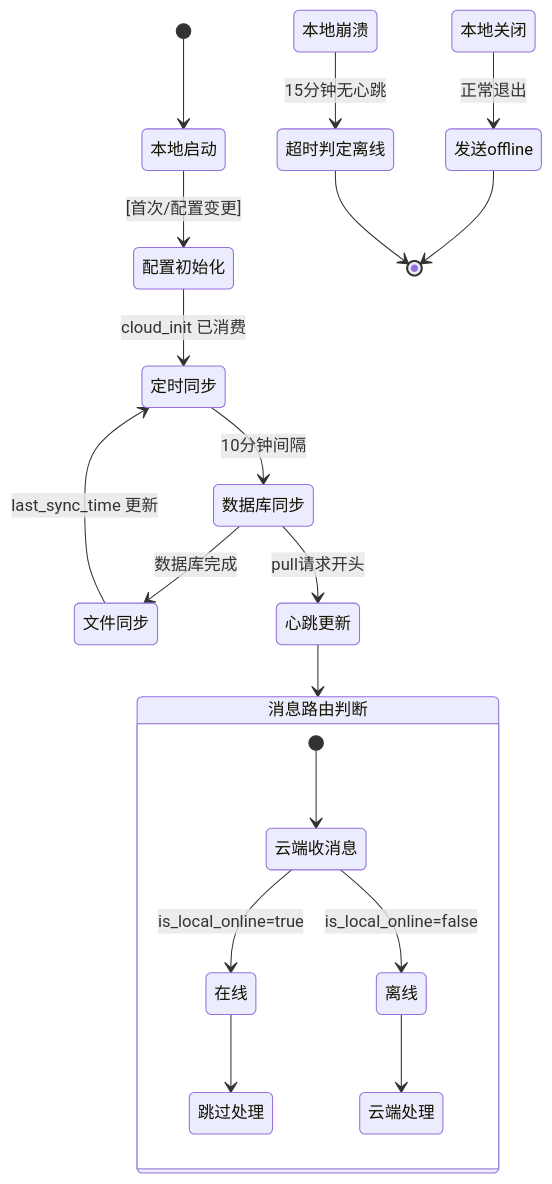
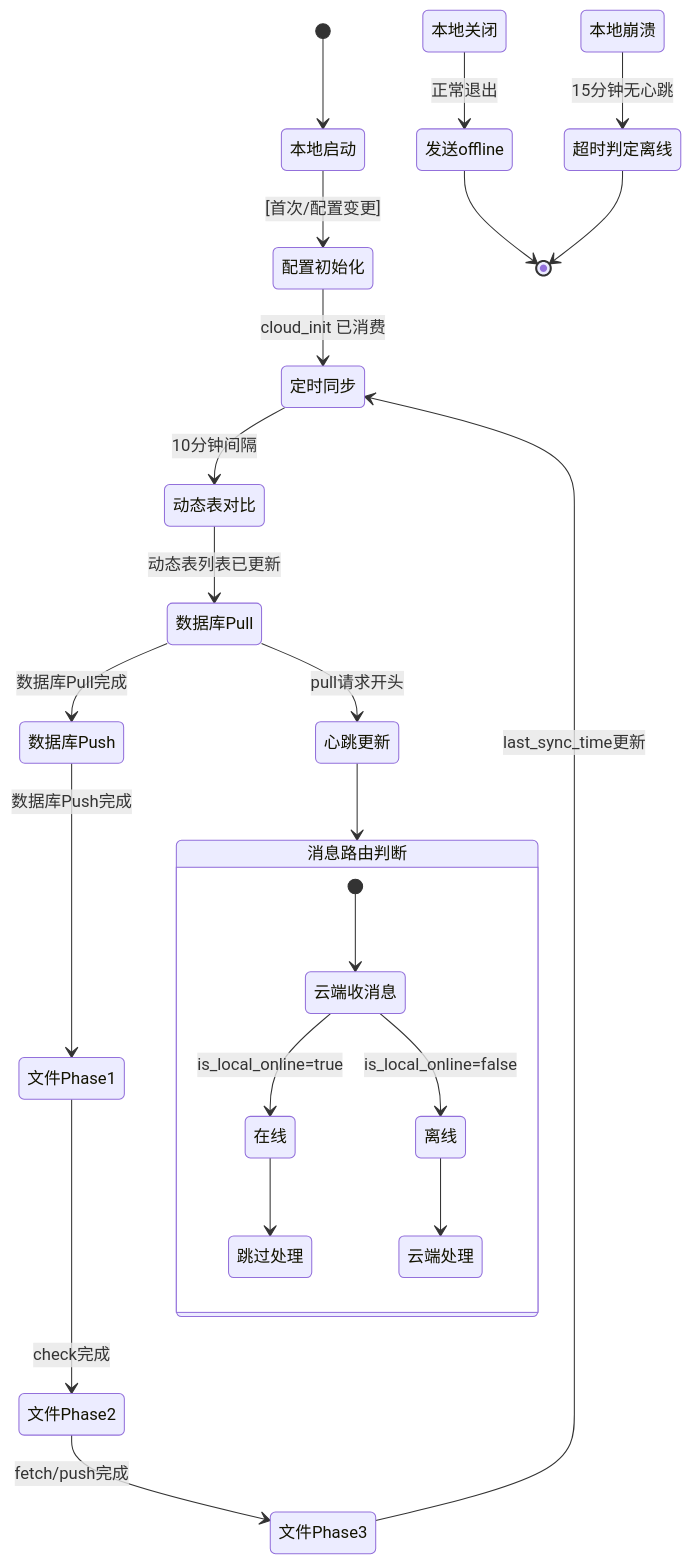
Before and after one commit to nikonikoni4/LifePrism: the diagram in docs/flows/2026-07-11-data-sync-flow.md, drawn with Mermaid. The commit also changed other lines of this file and 189 other files, not shown here.

````diff
--- a/docs/flows/2026-07-11-data-sync-flow.md
+++ b/docs/flows/2026-07-11-data-sync-flow.md
@@ -94,26 +95,30 @@
 ```mermaid
 stateDiagram-v2
     [*] --> 本地启动
     本地启动 --> 配置初始化: [首次/配置变更]
     配置初始化 --> 定时同步: cloud_init 已消费
-    定时同步 --> 数据库同步: 10分钟间隔
-    数据库同步 --> 文件同步: 数据库完成
-    文件同步 --> 定时同步: last_sync_time 更新
-    
-    数据库同步 --> 心跳更新: pull请求开头
+    定时同步 --> 动态表对比: 10分钟间隔
+    动态表对比 --> 数据库Pull: 动态表列表已更新
+    数据库Pull --> 数据库Push: 数据库Pull完成
+    数据库Push --> 文件Phase1: 数据库Push完成
+    文件Phase1 --> 文件Phase2: check完成
+    文件Phase2 --> 文件Phase3: fetch/push完成
+    文件Phase3 --> 定时同步: last_sync_time更新
+
+    数据库Pull --> 心跳更新: pull请求开头
     心跳更新 --> 消息路由判断
-    
+
     state 消息路由判断 {
         [*] --> 云端收消息
         云端收消息 --> 在线: is_local_online=true
         云端收消息 --> 离线: is_local_online=false
         在线 --> 跳过处理
         离线 --> 云端处理
     }
-    
+
     本地关闭 --> 发送offline: 正常退出
     发送offline --> [*]
-    
+
     本地崩溃 --> 超时判定离线: 15分钟无心跳
     超时判定离线 --> [*]
 ```
````
